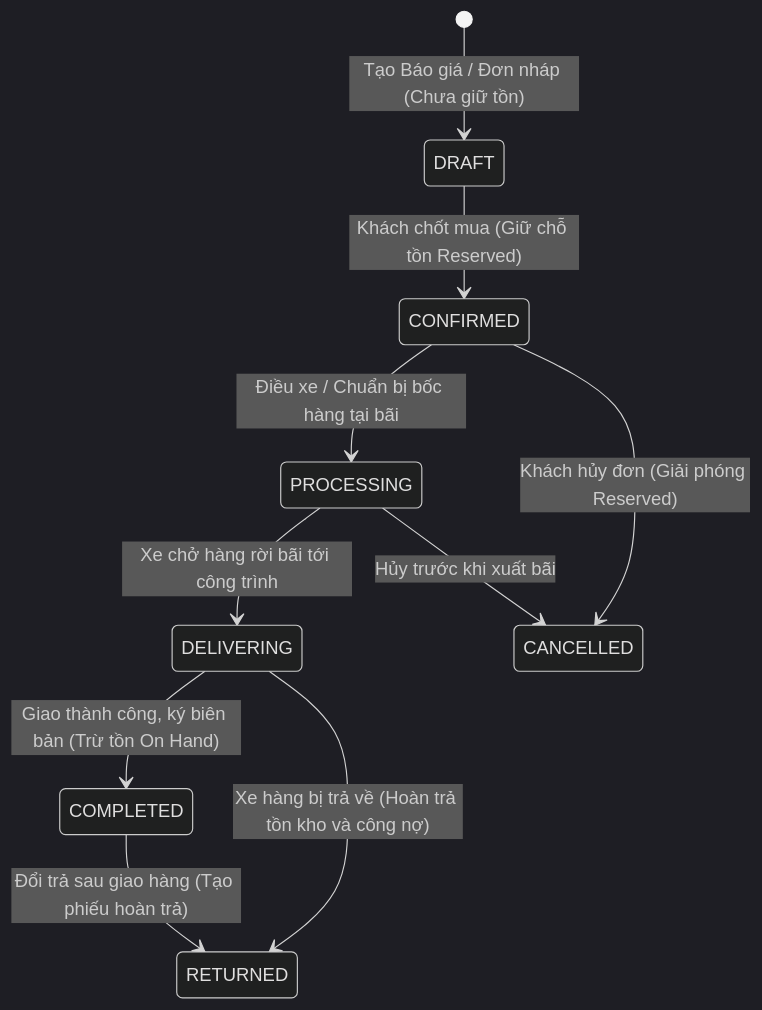
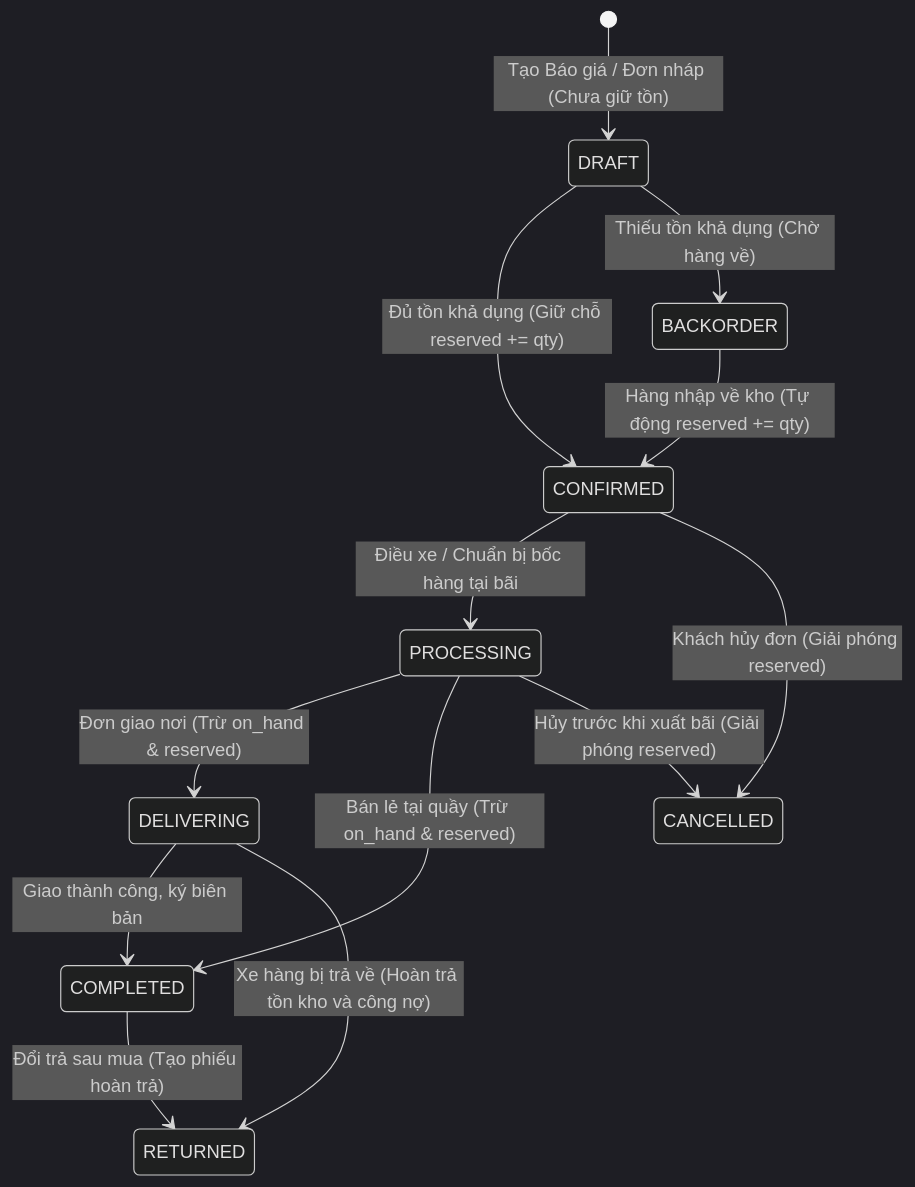
Before and after one commit to HomyHubs/vlxd: the diagram in docs/requirements/sales-order.md, drawn with Mermaid (dark theme). The commit also changed other lines of this file and 8 other files, not shown here.

````diff
--- a/docs/requirements/sales-order.md
+++ b/docs/requirements/sales-order.md
@@ -42,12 +47,15 @@
 ```mermaid
 stateDiagram-v2
     [*] --> DRAFT: Tạo Báo giá / Đơn nháp (Chưa giữ tồn)
-    DRAFT --> CONFIRMED: Khách chốt mua (Giữ chỗ tồn Reserved)
+    DRAFT --> CONFIRMED: Đủ tồn khả dụng (Giữ chỗ reserved += qty)
+    DRAFT --> BACKORDER: Thiếu tồn khả dụng (Chờ hàng về)
+    BACKORDER --> CONFIRMED: Hàng nhập về kho (Tự động reserved += qty)
     CONFIRMED --> PROCESSING: Điều xe / Chuẩn bị bốc hàng tại bãi
-    PROCESSING --> DELIVERING: Xe chở hàng rời bãi tới công trình
-    DELIVERING --> COMPLETED: Giao thành công, ký biên bản (Trừ tồn On Hand)
-    CONFIRMED --> CANCELLED: Khách hủy đơn (Giải phóng Reserved)
-    PROCESSING --> CANCELLED: Hủy trước khi xuất bãi
+    PROCESSING --> DELIVERING: Đơn giao nơi (Trừ on_hand & reserved)
+    PROCESSING --> COMPLETED: Bán lẻ tại quầy (Trừ on_hand & reserved)
+    DELIVERING --> COMPLETED: Giao thành công, ký biên bản
+    CONFIRMED --> CANCELLED: Khách hủy đơn (Giải phóng reserved)
+    PROCESSING --> CANCELLED: Hủy trước khi xuất bãi (Giải phóng reserved)
     DELIVERING --> RETURNED: Xe hàng bị trả về (Hoàn trả tồn kho và công nợ)
-    COMPLETED --> RETURNED: Đổi trả sau giao hàng (Tạo phiếu hoàn trả)
+    COMPLETED --> RETURNED: Đổi trả sau mua (Tạo phiếu hoàn trả)
 ```
````
